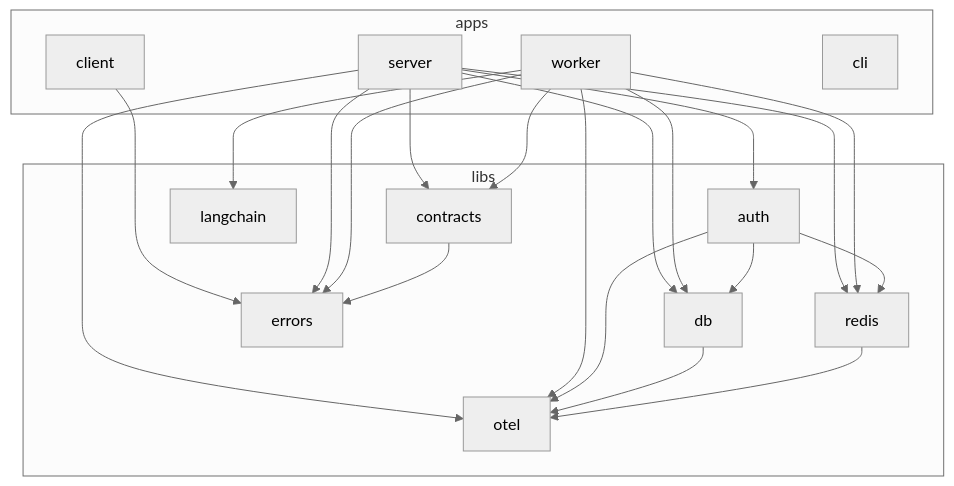
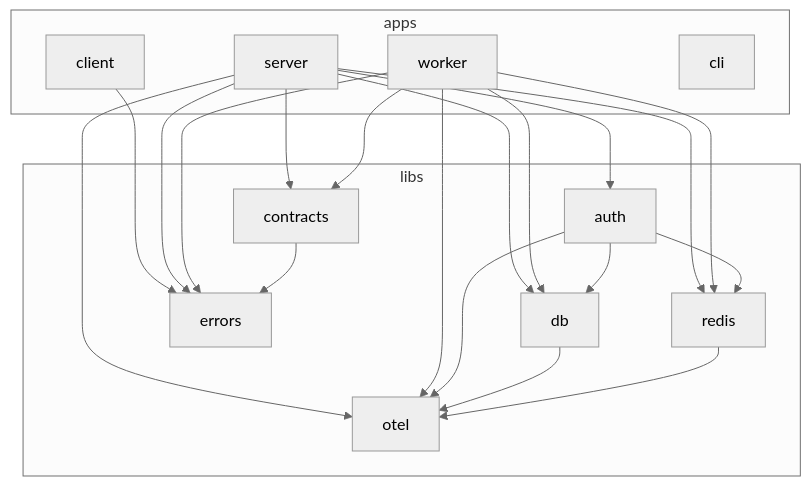
One commit to itsDaiton/nebula-chat changed the second of 8 diagrams in docs/architecture.md. Above: the diagram before and after it, drawn with Mermaid (neutral theme). The commit also changed other lines of this file and 51 other files, not shown here.

Commit message:
fix(worker): NEB-358 dissolve @nebula-chat/langchain into the worker app (#640)

````diff
--- a/docs/architecture.md
+++ b/docs/architecture.md
@@ -67,27 +67,26 @@
 ```mermaid
 flowchart TD
   subgraph apps
     client[client]
     server[server]
     worker[worker]
     cli[cli]
   end
 
   subgraph libs
     auth[auth]
     contracts[contracts]
     db[db]
     errors[errors]
-    langchain[langchain]
     otel[otel]
     redislib[redis]
   end
 
   client --> errors
   server --> auth & contracts & db & errors & otel & redislib
-  worker --> contracts & db & errors & langchain & otel & redislib
+  worker --> contracts & db & errors & otel & redislib
   auth --> db & otel & redislib
   contracts --> errors
   db --> otel
   redislib --> otel
 ```
````
